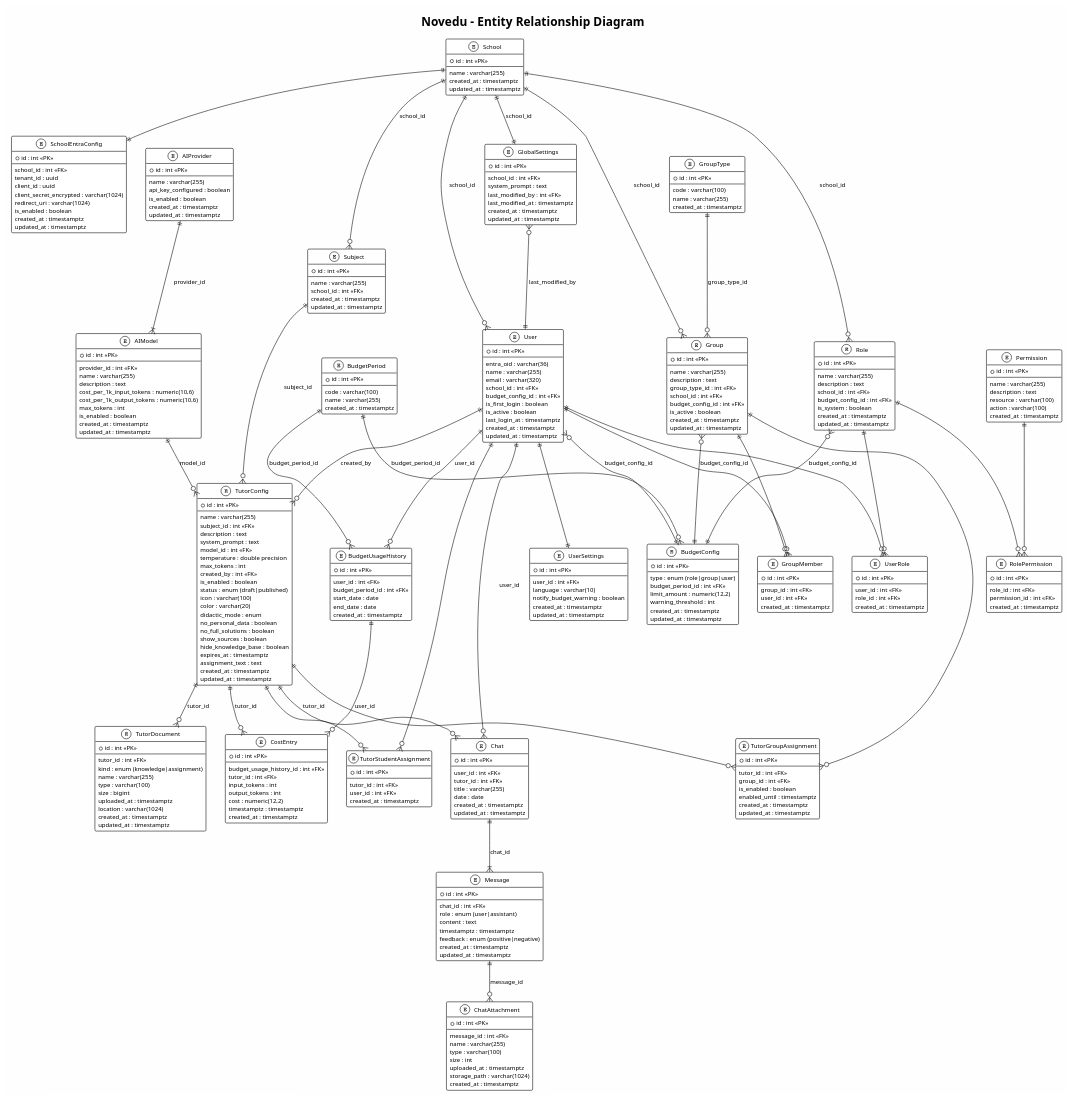
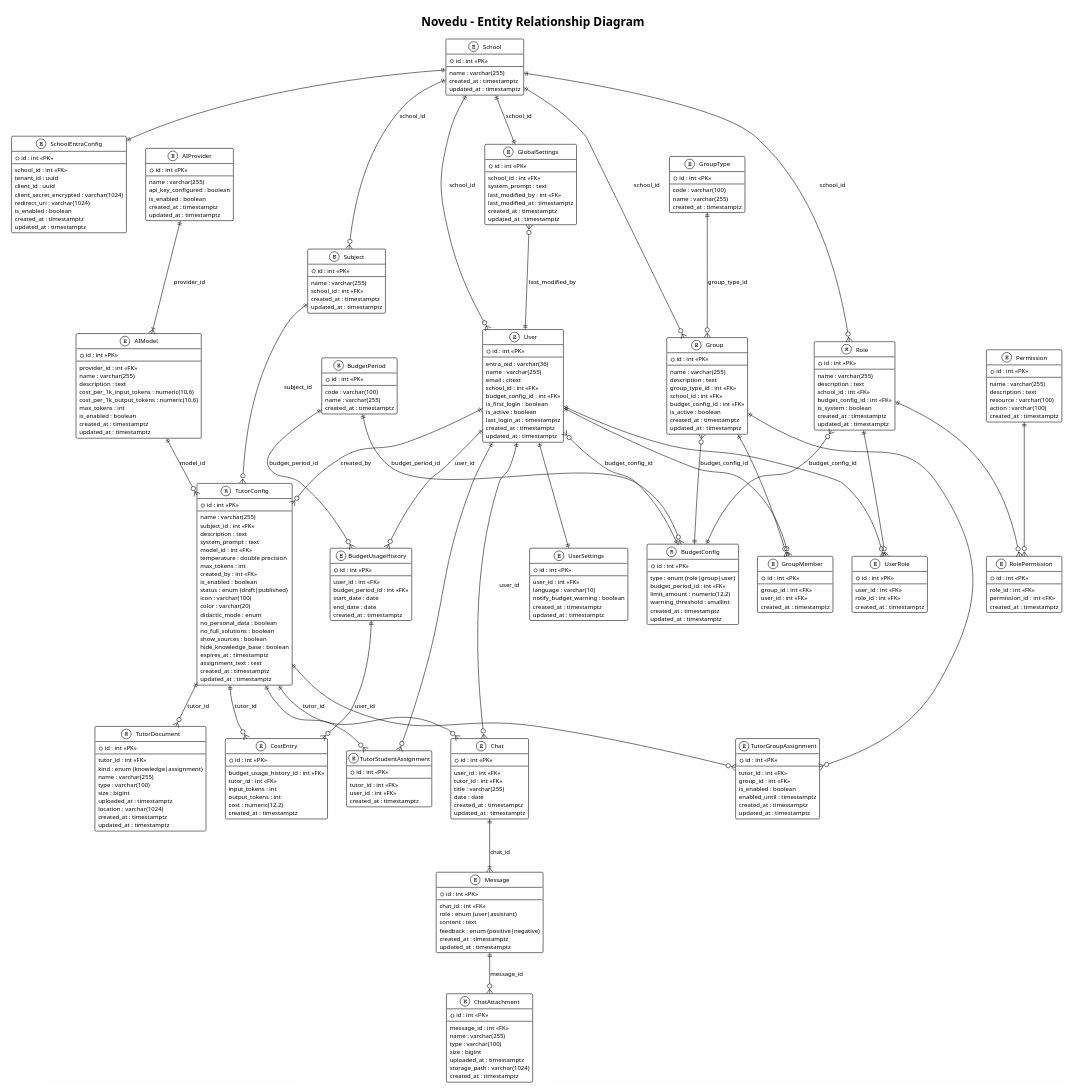
Before and after one commit to melanie-bauer/Novedu: the diagram in docs/analysis/erd.puml, drawn with PlantUML.

Commit message:
docs: update ERD to use citext for email, bigint for file size, smallint for warning threshold, and remove redundant timestamptz fields #28

```diff
--- a/docs/analysis/erd.puml
+++ b/docs/analysis/erd.puml
@@ -36,7 +36,7 @@
   --
   entra_oid : varchar(36)
   name : varchar(255)
-  email : varchar(320)
+  email : citext
   school_id : int <<FK>>
   budget_config_id : int <<FK>>
   is_first_login : boolean
@@ -263,7 +263,6 @@
   chat_id : int <<FK>>
   role : enum (user|assistant)
   content : text
-  timestamptz : timestamptz
   feedback : enum (positive|negative)
   created_at : timestamptz
   updated_at : timestamptz
@@ -275,7 +274,7 @@
   message_id : int <<FK>>
   name : varchar(255)
   type : varchar(100)
-  size : int
+  size : bigint
   uploaded_at : timestamptz
   storage_path : varchar(1024)
   created_at : timestamptz
@@ -289,7 +288,7 @@
   type : enum (role|group|user)
   budget_period_id : int <<FK>>
   limit_amount : numeric(12,2)
-  warning_threshold : int
+  warning_threshold : smallint
   created_at : timestamptz
   updated_at : timestamptz
 }
@@ -302,7 +301,6 @@
   input_tokens : int
   output_tokens : int
   cost : numeric(12,2)
-  timestamptz : timestamptz
   created_at : timestamptz
 }
 
```
